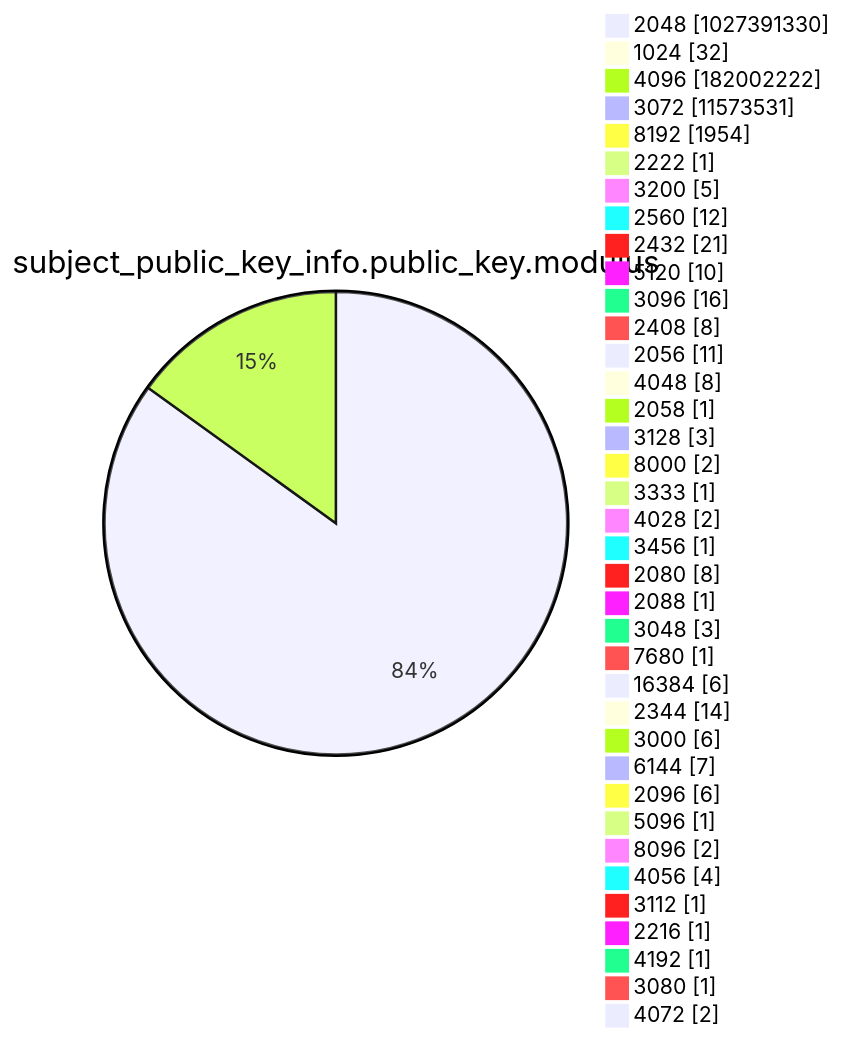
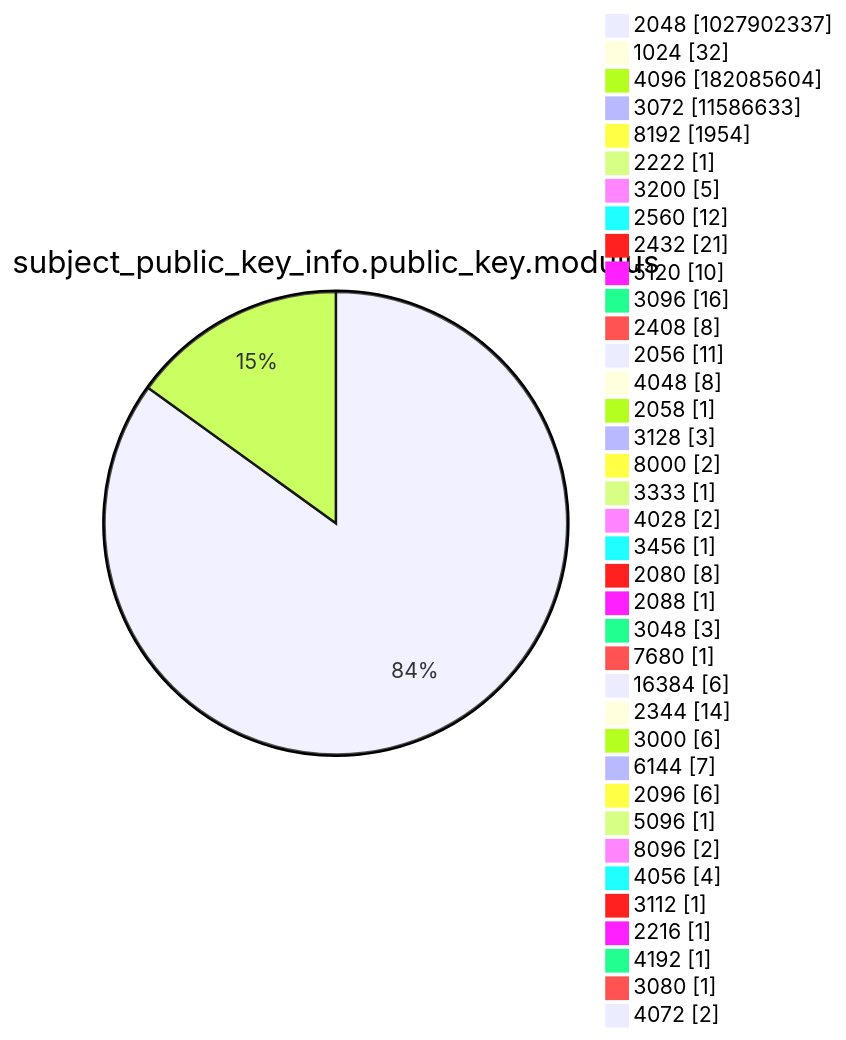
Before and after one commit to christiankrug/ctmonitor_visualization: diagram 13 of 15 in argon2022/README.md, drawn with Mermaid. The commit also changed other lines of this file, not shown here.

````diff
--- a/argon2022/README.md
+++ b/argon2022/README.md
@@ -3588,41 +3588,41 @@
 ```mermaid
 pie showData
 title subject_public_key_info.public_key.modulus
-"2048" :1027391330
+"2048" :1027902337
 "1024" :32
-"4096" :182002222
-"3072" :11573531
+"4096" :182085604
+"3072" :11586633
 "8192" :1954
 "2222" :1
 "3200" :5
 "2560" :12
 "2432" :21
 "5120" :10
 "3096" :16
 "2408" :8
 "2056" :11
 "4048" :8
 "2058" :1
 "3128" :3
 "8000" :2
 "3333" :1
 "4028" :2
 "3456" :1
 "2080" :8
 "2088" :1
 "3048" :3
 "7680" :1
 "16384" :6
 "2344" :14
 "3000" :6
 "6144" :7
 "2096" :6
 "5096" :1
 "8096" :2
 "4056" :4
 "3112" :1
 "2216" :1
 "4192" :1
 "3080" :1
 "4072" :2
 ```
````
